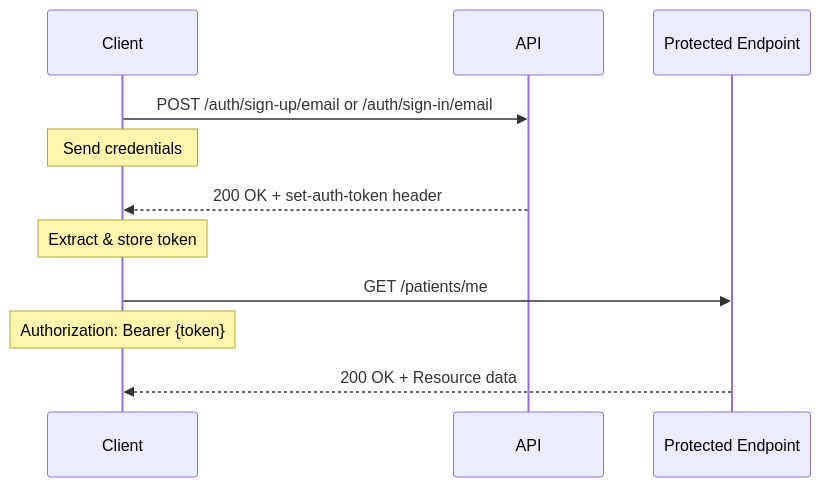
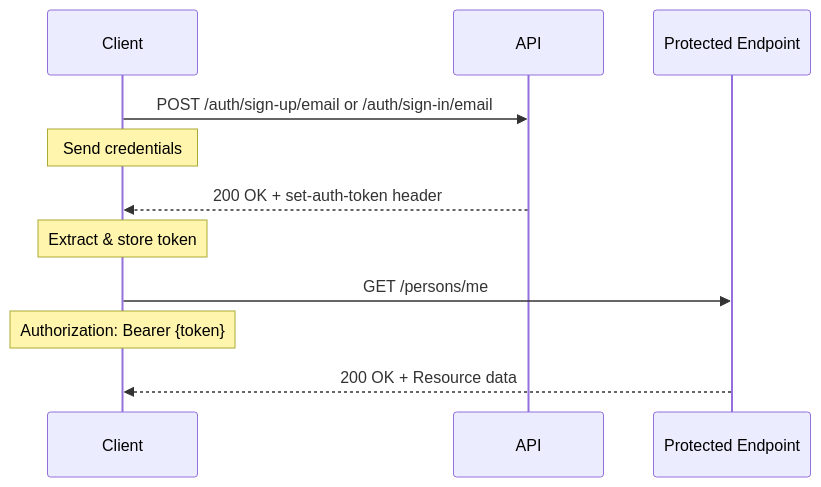
One commit to monobaselabs/monobase-js changed the first of 2 diagrams in services/api-ts/docs/AUTHENTICATION.md. Above: the diagram before and after it, drawn with Mermaid. The commit also changed other lines of this file and 123 other files, not shown here.

````diff
--- a/services/api-ts/docs/AUTHENTICATION.md
+++ b/services/api-ts/docs/AUTHENTICATION.md
@@ -11,15 +11,15 @@
 ```mermaid
 sequenceDiagram
     participant Client
     participant API
     participant Protected Endpoint
     
     Client->>API: POST /auth/sign-up/email or /auth/sign-in/email
     Note over Client: Send credentials
     API-->>Client: 200 OK + set-auth-token header
     Note over Client: Extract & store token
     
-    Client->>Protected Endpoint: GET /patients/me
+    Client->>Protected Endpoint: GET /persons/me
     Note over Client: Authorization: Bearer {token}
     Protected Endpoint-->>Client: 200 OK + Resource data
 ```
````
